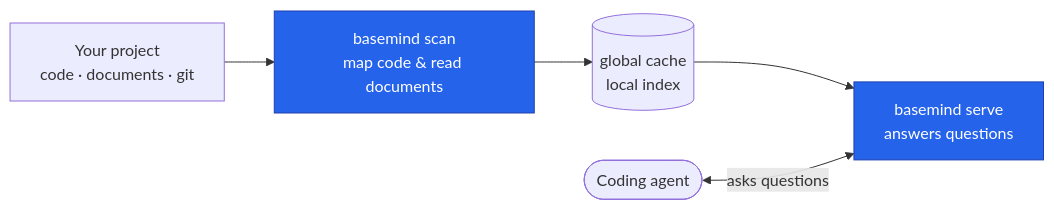
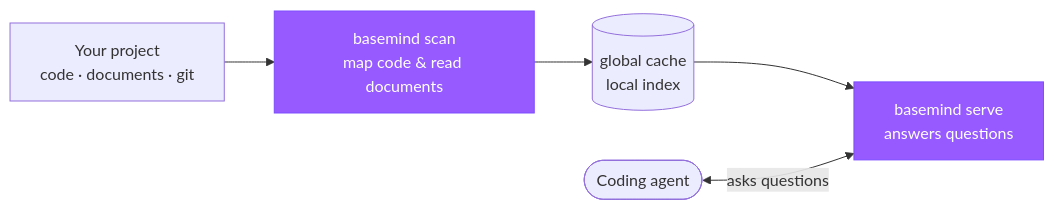
One commit to Goldziher/basemind changed the diagram in website/src/content/docs/concepts/how-it-works.mdx. Above: the diagram before and after it, drawn with Mermaid. The commit also changed 303 other files, not shown here.

````diff
--- a/website/src/content/docs/concepts/how-it-works.mdx
+++ b/website/src/content/docs/concepts/how-it-works.mdx
@@ -96,12 +96,12 @@
 ```mermaid
 flowchart LR
   A(["Coding agent"])
   R["Your project<br/>code · documents · git"]
   S["basemind scan<br/>map code & read documents"]
   D[("global cache<br/>local index")]
   V["basemind serve<br/>answers questions"]
   R --> S --> D --> V
   A <-->|asks questions| V
-  classDef accent fill:#2563eb,stroke:#1e40af,color:#fff
+  classDef accent fill:#965aff,stroke:#7d4dff,color:#fff
   class S,V accent
 ```
````
